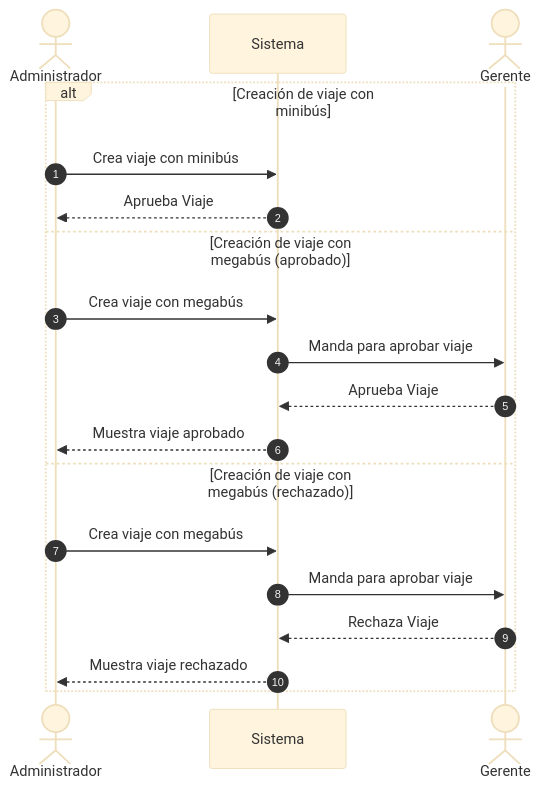
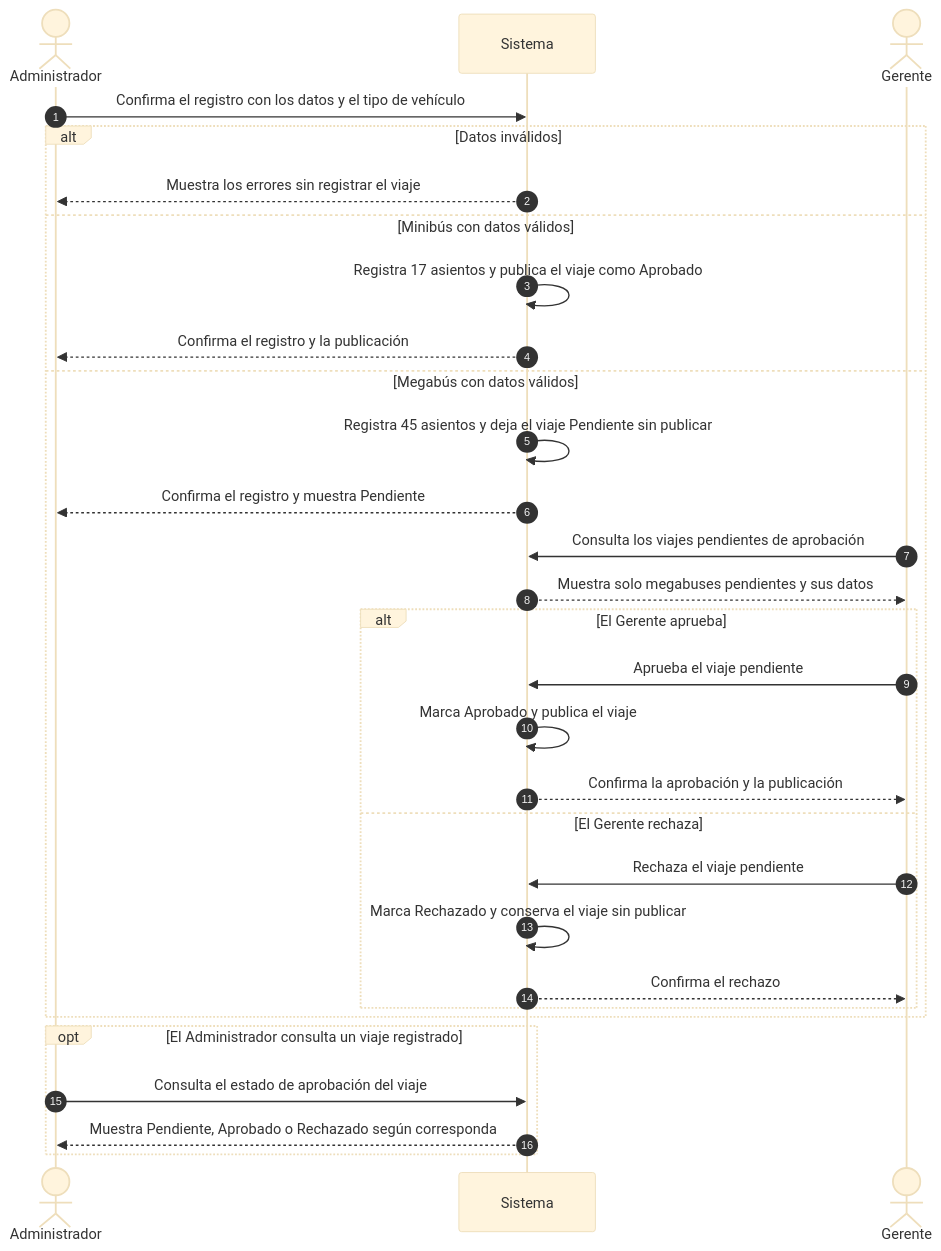
The diagram in diagramas/dss-03.mmd (IngReqGrupo2/Proyecto_TransporteHaciaConcierto), drawn with Mermaid (base theme) before and after one commit. The commit also changed 30 other files, not shown here.

```diff
--- a/diagramas/dss-03.mmd
+++ b/diagramas/dss-03.mmd
@@ -1,20 +1,31 @@
 sequenceDiagram
   autonumber
   actor Administrador
   participant Sistema
   actor Gerente
- 
-  alt Creación de viaje con minibús
-    Administrador->>Sistema: Crea viaje con minibús
-    Sistema-->>Administrador: Aprueba Viaje
-  else Creación de viaje con megabús (aprobado)
-    Administrador->>Sistema: Crea viaje con megabús
-    Sistema->>Gerente: Manda para aprobar viaje
-    Gerente-->>Sistema: Aprueba Viaje
-    Sistema-->>Administrador: Muestra viaje aprobado
-  else Creación de viaje con megabús (rechazado)
-    Administrador->>Sistema: Crea viaje con megabús
-    Sistema->>Gerente: Manda para aprobar viaje
-    Gerente-->>Sistema: Rechaza Viaje
-    Sistema-->>Administrador: Muestra viaje rechazado
+
+  Administrador->>Sistema: Confirma el registro con los datos y el tipo de vehículo
+  alt Datos inválidos
+    Sistema-->>Administrador: Muestra los errores sin registrar el viaje
+  else Minibús con datos válidos
+    Sistema->>Sistema: Registra 17 asientos y publica el viaje como Aprobado
+    Sistema-->>Administrador: Confirma el registro y la publicación
+  else Megabús con datos válidos
+    Sistema->>Sistema: Registra 45 asientos y deja el viaje Pendiente sin publicar
+    Sistema-->>Administrador: Confirma el registro y muestra Pendiente
+    Gerente->>Sistema: Consulta los viajes pendientes de aprobación
+    Sistema-->>Gerente: Muestra solo megabuses pendientes y sus datos
+    alt El Gerente aprueba
+      Gerente->>Sistema: Aprueba el viaje pendiente
+      Sistema->>Sistema: Marca Aprobado y publica el viaje
+      Sistema-->>Gerente: Confirma la aprobación y la publicación
+    else El Gerente rechaza
+      Gerente->>Sistema: Rechaza el viaje pendiente
+      Sistema->>Sistema: Marca Rechazado y conserva el viaje sin publicar
+      Sistema-->>Gerente: Confirma el rechazo
+    end
   end
+  opt El Administrador consulta un viaje registrado
+    Administrador->>Sistema: Consulta el estado de aprobación del viaje
+    Sistema-->>Administrador: Muestra Pendiente, Aprobado o Rechazado según corresponda
+  end
```
